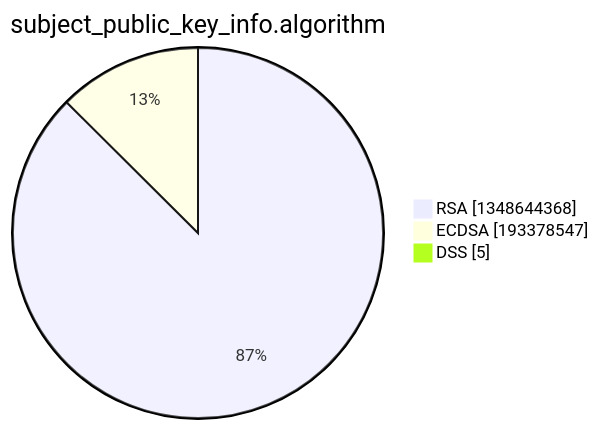
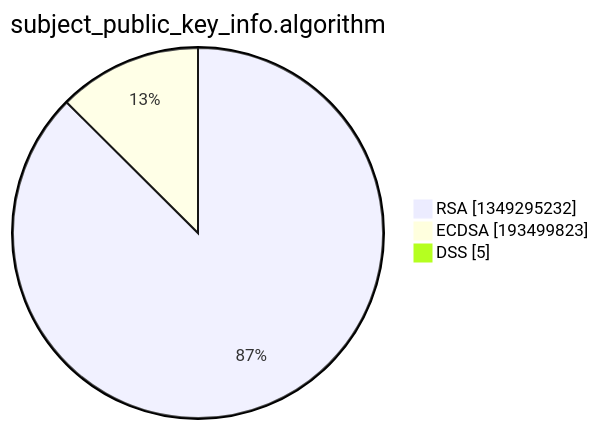
Before and after one commit to christiankrug/ctmonitor_visualization: the third of 15 diagrams in xenon2022/README.md, drawn with Mermaid. The commit also changed other lines of this file, not shown here.

````diff
--- a/xenon2022/README.md
+++ b/xenon2022/README.md
@@ -14,7 +14,7 @@
 ```mermaid
 pie showData
 title subject_public_key_info.algorithm
-"RSA" :1348644368
-"ECDSA" :193378547
+"RSA" :1349295232
+"ECDSA" :193499823
 "DSS" :5
 ```
````
